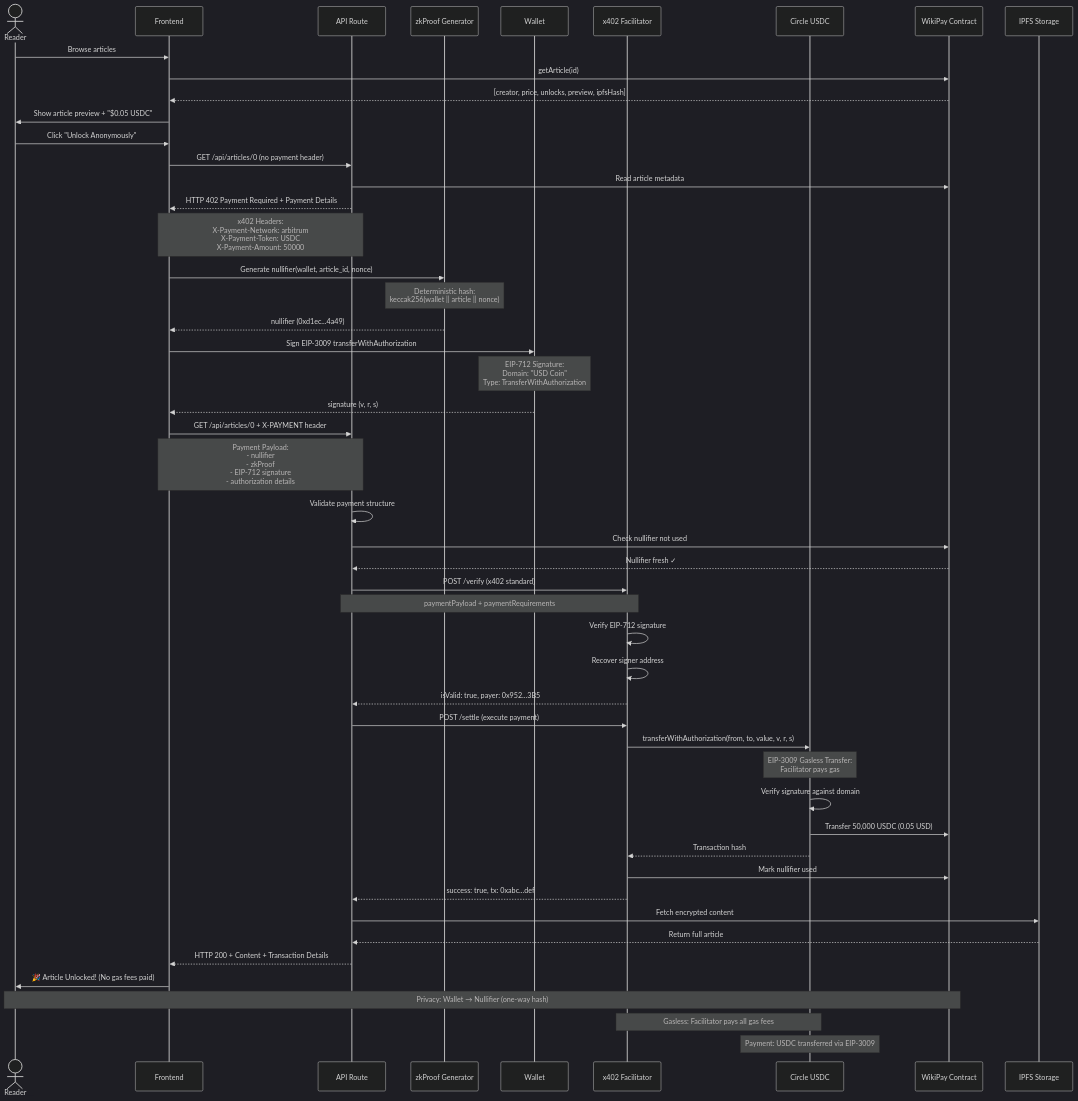
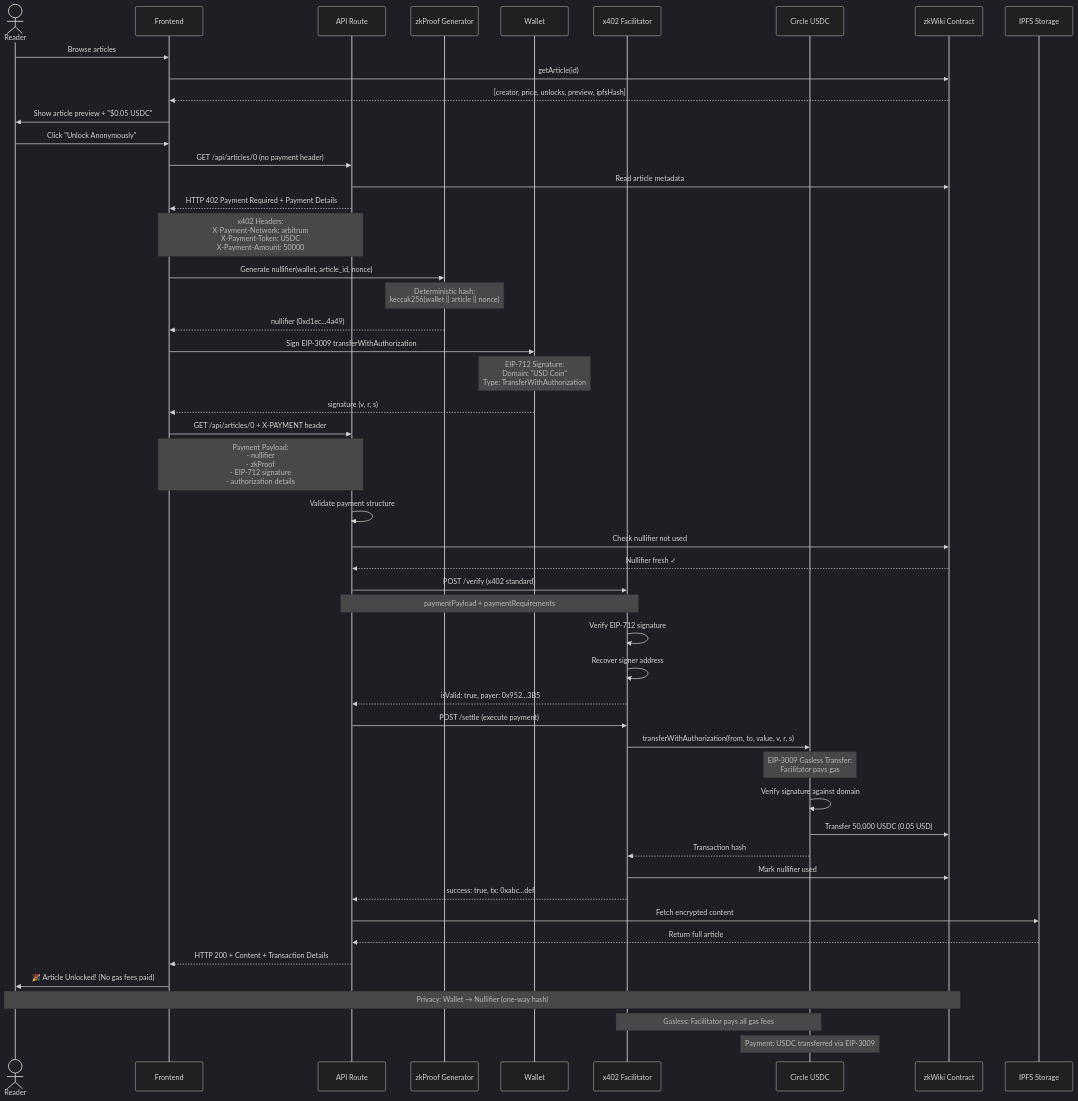
The third of 8 diagrams in README.md (JulioMCruz/WikiPay), drawn with Mermaid (dark theme) before and after one commit. The commit also changed other lines of this file and 29 other files, not shown here.

````diff
--- a/README.md
+++ b/README.md
@@ -116,64 +116,64 @@
 ```mermaid
 sequenceDiagram
     actor Reader
     participant UI as Frontend
     participant API as API Route
     participant ZK as zkProof Generator
     participant Wallet as Wallet
     participant FAC as x402 Facilitator
     participant USDC as Circle USDC
-    participant Contract as WikiPay Contract
+    participant Contract as zkWiki Contract
     participant IPFS as IPFS Storage
 
     Reader->>UI: Browse articles
     UI->>Contract: getArticle(id)
     Contract-->>UI: [creator, price, unlocks, preview, ipfsHash]
     UI->>Reader: Show article preview + "$0.05 USDC"
 
     Reader->>UI: Click "Unlock Anonymously"
 
     UI->>API: GET /api/articles/0 (no payment header)
     API->>Contract: Read article metadata
     API-->>UI: HTTP 402 Payment Required + Payment Details
     Note over API,UI: x402 Headers:<br/>X-Payment-Network: arbitrum<br/>X-Payment-Token: USDC<br/>X-Payment-Amount: 50000
 
     UI->>ZK: Generate nullifier(wallet, article_id, nonce)
     Note over ZK: Deterministic hash:<br/>keccak256(wallet || article || nonce)
     ZK-->>UI: nullifier (0xd1ec...4a49)
 
     UI->>Wallet: Sign EIP-3009 transferWithAuthorization
     Note over Wallet: EIP-712 Signature:<br/>Domain: "USD Coin"<br/>Type: TransferWithAuthorization
     Wallet-->>UI: signature (v, r, s)
 
     UI->>API: GET /api/articles/0 + X-PAYMENT header
     Note over UI,API: Payment Payload:<br/>- nullifier<br/>- zkProof<br/>- EIP-712 signature<br/>- authorization details
 
     API->>API: Validate payment structure
     API->>Contract: Check nullifier not used
     Contract-->>API: Nullifier fresh ✓
 
     API->>FAC: POST /verify (x402 standard)
     Note over API,FAC: paymentPayload + paymentRequirements
     FAC->>FAC: Verify EIP-712 signature
     FAC->>FAC: Recover signer address
     FAC-->>API: isValid: true, payer: 0x952...3B5
 
     API->>FAC: POST /settle (execute payment)
     FAC->>USDC: transferWithAuthorization(from, to, value, v, r, s)
     Note over USDC: EIP-3009 Gasless Transfer:<br/>Facilitator pays gas
     USDC->>USDC: Verify signature against domain
     USDC->>Contract: Transfer 50,000 USDC (0.05 USD)
     USDC-->>FAC: Transaction hash
     FAC->>Contract: Mark nullifier used
     FAC-->>API: success: true, tx: 0xabc...def
 
     API->>IPFS: Fetch encrypted content
     IPFS-->>API: Return full article
     API-->>UI: HTTP 200 + Content + Transaction Details
 
     UI->>Reader: 🎉 Article Unlocked! (No gas fees paid)
 
     Note over Reader,Contract: Privacy: Wallet → Nullifier (one-way hash)
     Note over FAC,USDC: Gasless: Facilitator pays all gas fees
     Note over USDC: Payment: USDC transferred via EIP-3009
 ```
````
